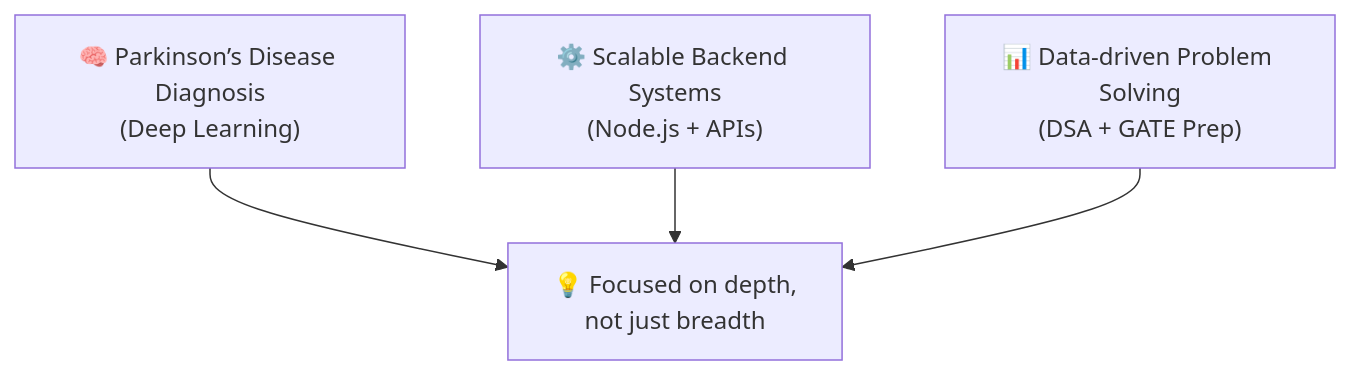
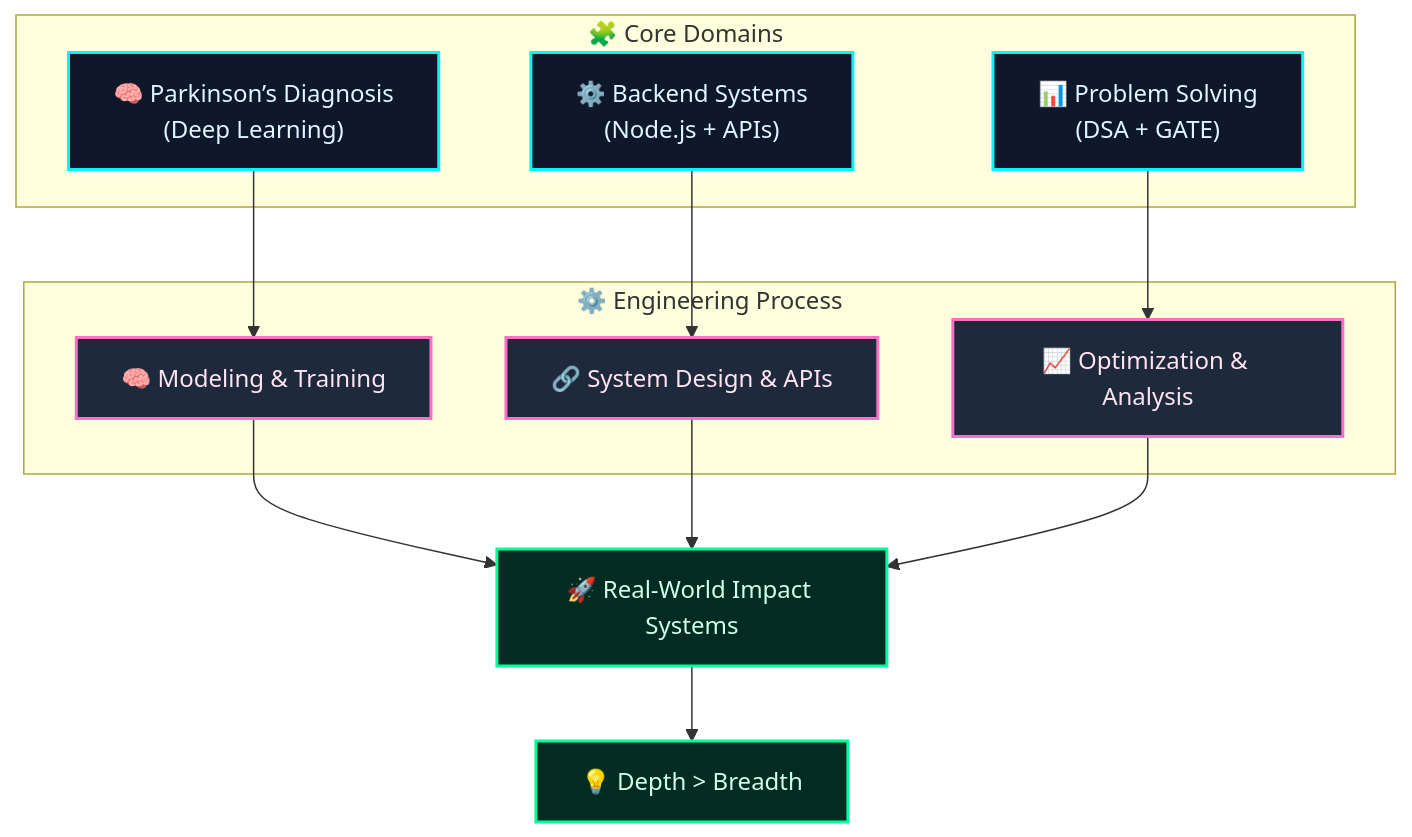
One commit to ObsyanX/ObsyanX changed the second of 2 diagrams in README.md. Above: the diagram before and after it, drawn with Mermaid.

````diff
--- a/README.md
+++ b/README.md
@@ -188,11 +188,41 @@
 ```mermaid
 flowchart TD
-    A["🧠 Parkinson’s Disease Diagnosis<br/>(Deep Learning)"]
-    B["⚙️ Scalable Backend Systems<br/>(Node.js + APIs)"]
-    C["📊 Data-driven Problem Solving<br/>(DSA + GATE Prep)"]
-    D["💡 Focused on depth,<br/>not just breadth"]
 
+    %% ===== INPUT LAYER =====
+    subgraph L1["🧩 Core Domains"]
+        A["🧠 Parkinson’s Diagnosis<br/>(Deep Learning)"]
+        B["⚙️ Backend Systems<br/>(Node.js + APIs)"]
+        C["📊 Problem Solving<br/>(DSA + GATE)"]
+    end
+
+    %% ===== PROCESS LAYER =====
+    subgraph L2["⚙️ Engineering Process"]
+        D["🧠 Modeling & Training"]
+        E["🔗 System Design & APIs"]
+        F["📈 Optimization & Analysis"]
+    end
+
+    %% ===== OUTPUT =====
+    G["🚀 Real-World Impact Systems"]
+    H["💡 Depth > Breadth"]
+
+    %% ===== FLOW =====
     A --> D
-    B --> D
-    C --> D
+    B --> E
+    C --> F
+
+    D --> G
+    E --> G
+    F --> G
+
+    G --> H
+
+    %% ===== STYLING =====
+    classDef core fill:#0f172a,stroke:#00f5ff,stroke-width:2px,color:#e0f7ff;
+    classDef process fill:#1e293b,stroke:#ff6ec7,stroke-width:2px,color:#ffe4f3;
+    classDef output fill:#022c22,stroke:#00ff9c,stroke-width:2px,color:#d1ffe9;
+
+    class A,B,C core;
+    class D,E,F process;
+    class G,H output;
 ```
````
